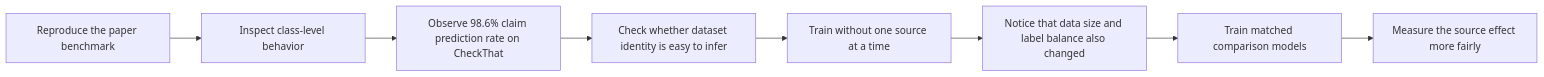
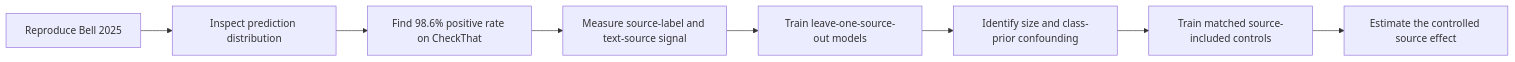
One commit to newrohansinha/claim-detector changed the first of 2 diagrams in README.md. Above: the diagram before and after it, drawn with Mermaid. The commit also changed other lines of this file, not shown here.

Commit message:
docs: distinguish controlled extension from paper

````diff
--- a/README.md
+++ b/README.md
@@ -94,10 +98,10 @@
 ```mermaid
 flowchart LR
-  A[Reproduce the paper benchmark] --> B[Inspect class-level behavior]
-  B --> C[Observe 98.6% claim prediction rate on CheckThat]
-  C --> D[Check whether dataset identity is easy to infer]
-  D --> E[Train without one source at a time]
-  E --> F[Notice that data size and label balance also changed]
-  F --> G[Train matched comparison models]
-  G --> H[Measure the source effect more fairly]
+  A[Reproduce Bell 2025] --> B[Inspect prediction distribution]
+  B --> C[Find 98.6% positive rate on CheckThat]
+  C --> D[Measure source-label and text-source signal]
+  D --> E[Train leave-one-source-out models]
+  E --> F[Identify size and class-prior confounding]
+  F --> G[Train matched source-included controls]
+  G --> H[Estimate the controlled source effect]
 ```
````
